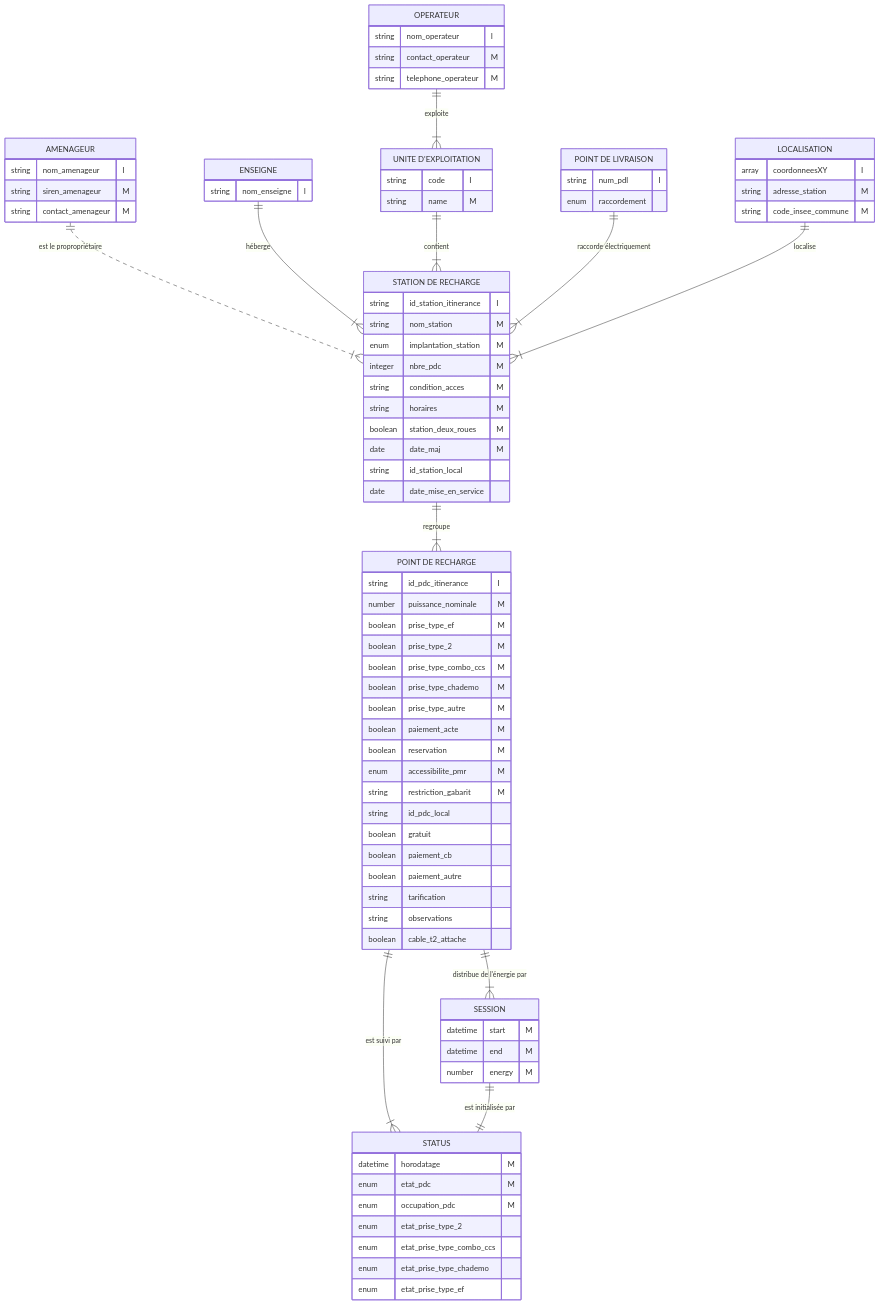
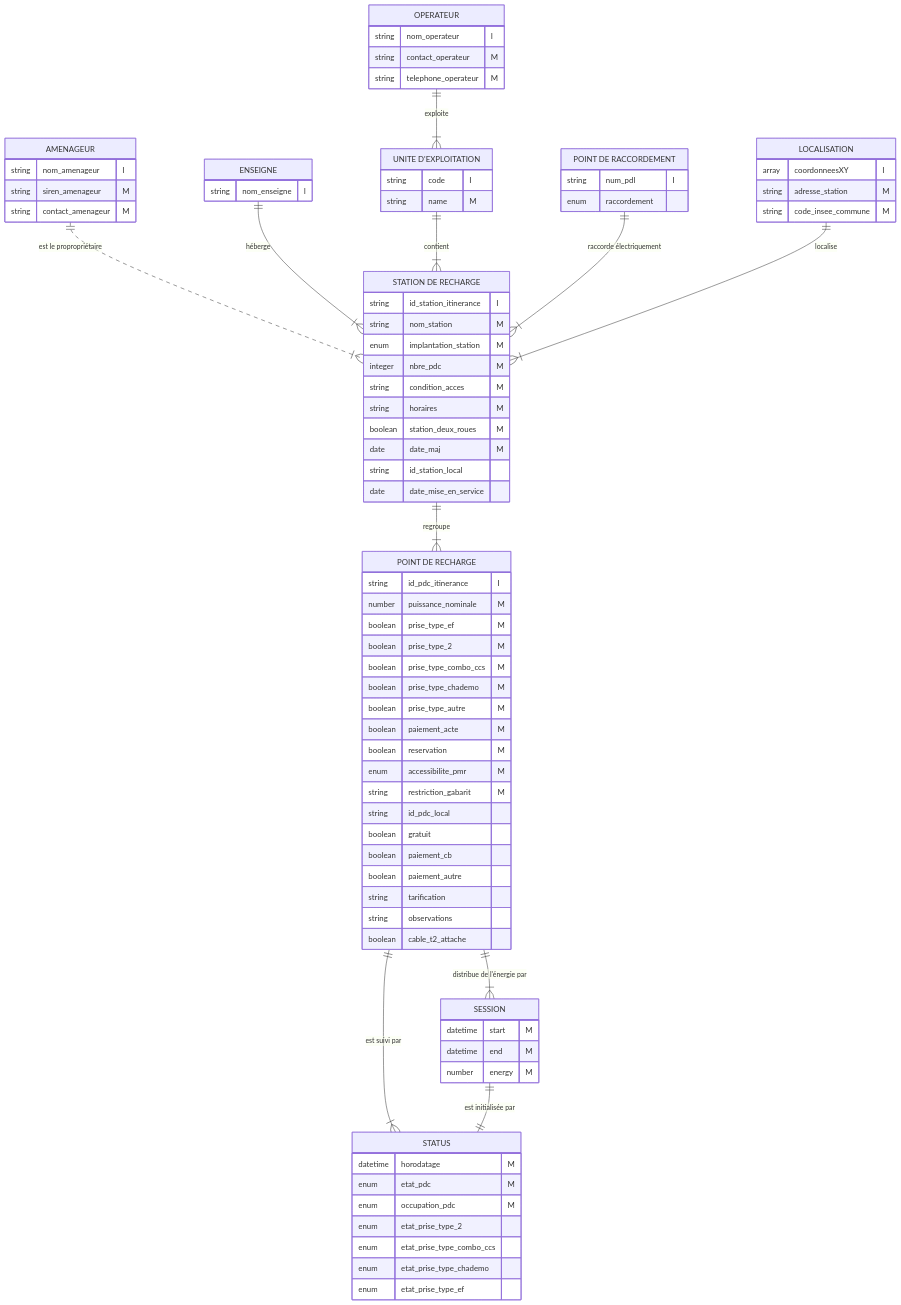
Before and after one commit to MTES-MCT/qualicharge: diagram 16 of 16 in docs/modele.md, drawn with Mermaid. The commit also changed other lines of this file, not shown here.

```diff
--- a/docs/modele.md
+++ b/docs/modele.md
@@ -390,7 +399,7 @@
   string code "I"
   string name "M"
   }
-  "POINT DE LIVRAISON" {
+  "POINT DE RACCORDEMENT" {
   string num_pdl "I"
   enum    raccordement
   }
@@ -449,7 +458,7 @@
   ENSEIGNE ||--|{ "STATION DE RECHARGE": "héberge"
   OPERATEUR ||--|{ "UNITE D'EXPLOITATION": "exploite"
   "UNITE D'EXPLOITATION" ||--|{ "STATION DE RECHARGE": "contient"    
-  "POINT DE LIVRAISON" ||--|{ "STATION DE RECHARGE" : "raccorde électriquement"
+  "POINT DE RACCORDEMENT" ||--|{ "STATION DE RECHARGE" : "raccorde électriquement"
   LOCALISATION ||--|{ "STATION DE RECHARGE": "localise"
   "STATION DE RECHARGE" ||--|{ "POINT DE RECHARGE" : regroupe
   "POINT DE RECHARGE" ||--|{ "STATUS" : "est suivi par"
```
